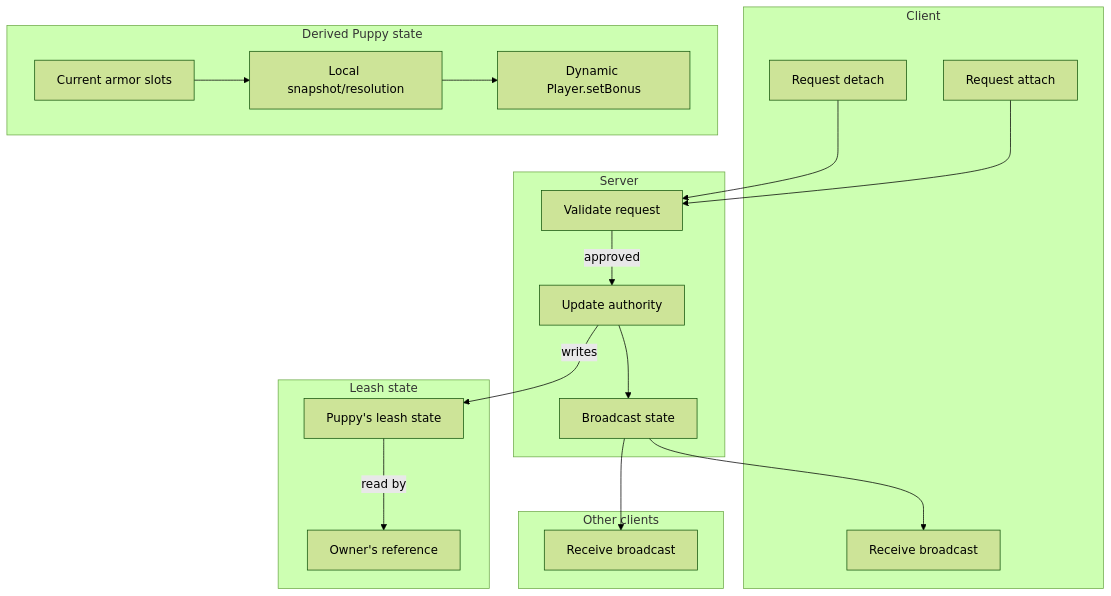
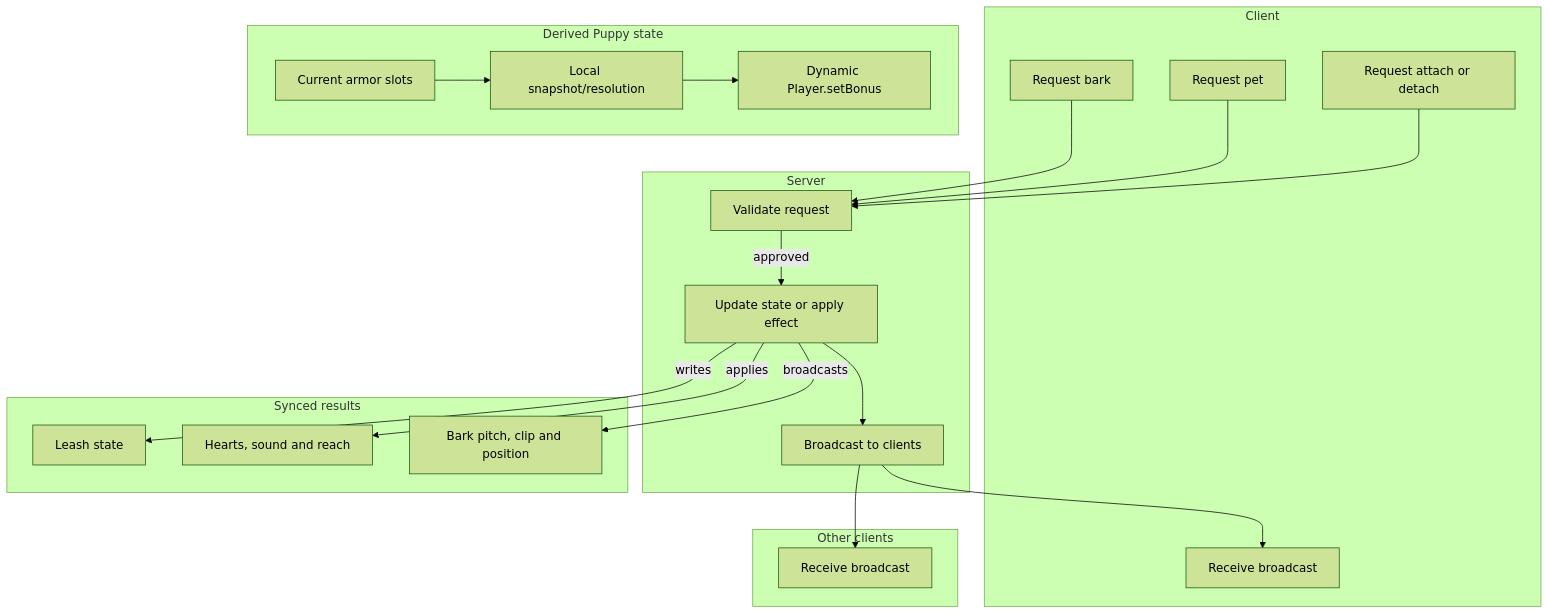
One commit to POLA-LCS/PolasPuppyMod changed the diagram in docs/Network-Sync-Model.md. Above: the diagram before and after it, drawn with Mermaid (forest theme). The commit also changed other lines of this file and 11 other files, not shown here.

````diff
--- a/docs/Network-Sync-Model.md
+++ b/docs/Network-Sync-Model.md
@@ -7,40 +7,44 @@
 ```mermaid
 flowchart TB
     subgraph Client[Client]
-        ReqAttach[Request attach]
-        ReqDetach[Request detach]
+        ReqAttach[Request attach or detach]
+        ReqPet[Request pet]
+        ReqBark[Request bark]
         Recv[Receive broadcast]
     end
 
     subgraph Server[Server]
         Validate[Validate request]
-        Authority[Update authority]
-        Broadcast[Broadcast state]
+        Authority[Update state or apply effect]
+        Broadcast[Broadcast to clients]
     end
 
     subgraph OtherClients[Other clients]
         Recv2[Receive broadcast]
     end
 
-    subgraph State[Leash state]
-        PuppyState[Puppy's leash state]
-        OwnerState[Owner's reference]
+    subgraph Synced[Synced results]
+        LeashState[Leash state]
+        PetVisuals[Hearts, sound and reach]
+        BarkAudio[Bark pitch, clip and position]
     end
 
     subgraph Equipment[Derived Puppy state]
         Armor[Current armor slots]
         Resolution[Local snapshot/resolution]
         SetText[Dynamic Player.setBonus]
     end
 
     ReqAttach --> Validate
-    ReqDetach --> Validate
+    ReqPet --> Validate
+    ReqBark --> Validate
     Validate -- "approved" --> Authority
     Authority --> Broadcast
+    Authority -- "writes" --> LeashState
+    Authority -- "applies" --> PetVisuals
+    Authority -- "broadcasts" --> BarkAudio
     Broadcast --> Recv
     Broadcast --> Recv2
-    Authority -- "writes" --> PuppyState
-    PuppyState -- "read by" --> OwnerState
     Armor --> Resolution
     Resolution --> SetText
 ```
````
